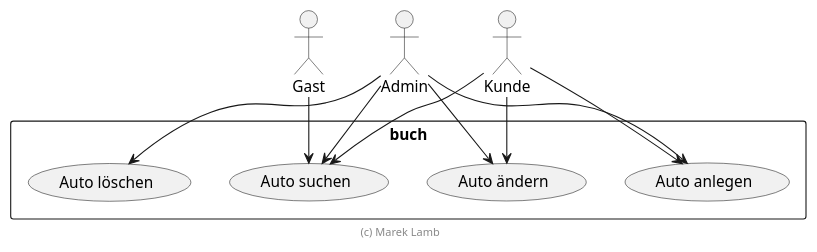
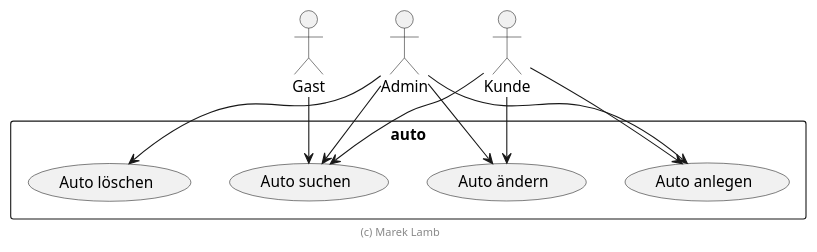
Before and after one commit to olek-git/SWE_Projekt: the diagram in .extras/doc/projekthandbuch/use-cases.plantuml, drawn with PlantUML.

Commit message:
Test commit

```diff
--- a/.extras/doc/projekthandbuch/use-cases.plantuml
+++ b/.extras/doc/projekthandbuch/use-cases.plantuml
@@ -1,20 +1,20 @@
 @startuml Use Cases
 
 actor Gast
 actor Admin
 actor Kunde
 
-rectangle buch {
+rectangle auto {
     Gast --> (Auto suchen)
     Admin --> (Auto suchen)
     Admin --> (Auto anlegen)
     Admin --> (Auto ändern)
     Admin --> (Auto löschen)
     Kunde --> (Auto suchen)
     Kunde --> (Auto anlegen)
     Kunde --> (Auto ändern)
 }
 
 footer (c) Marek Lamb
 
 @enduml
```
